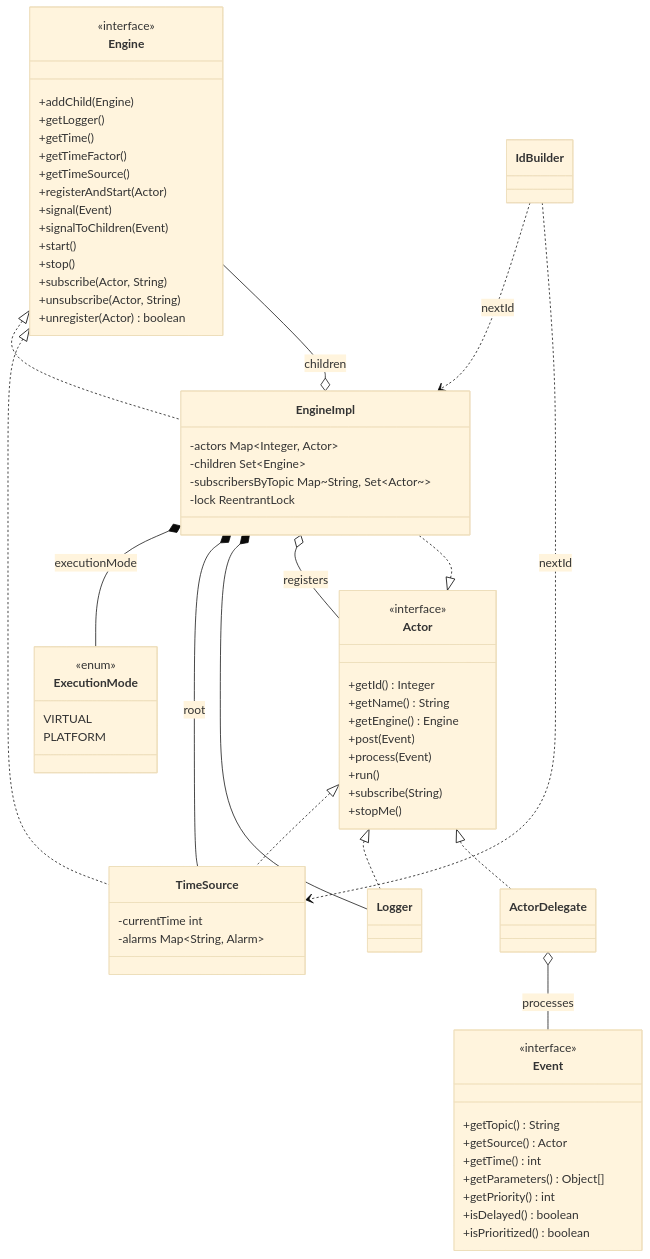
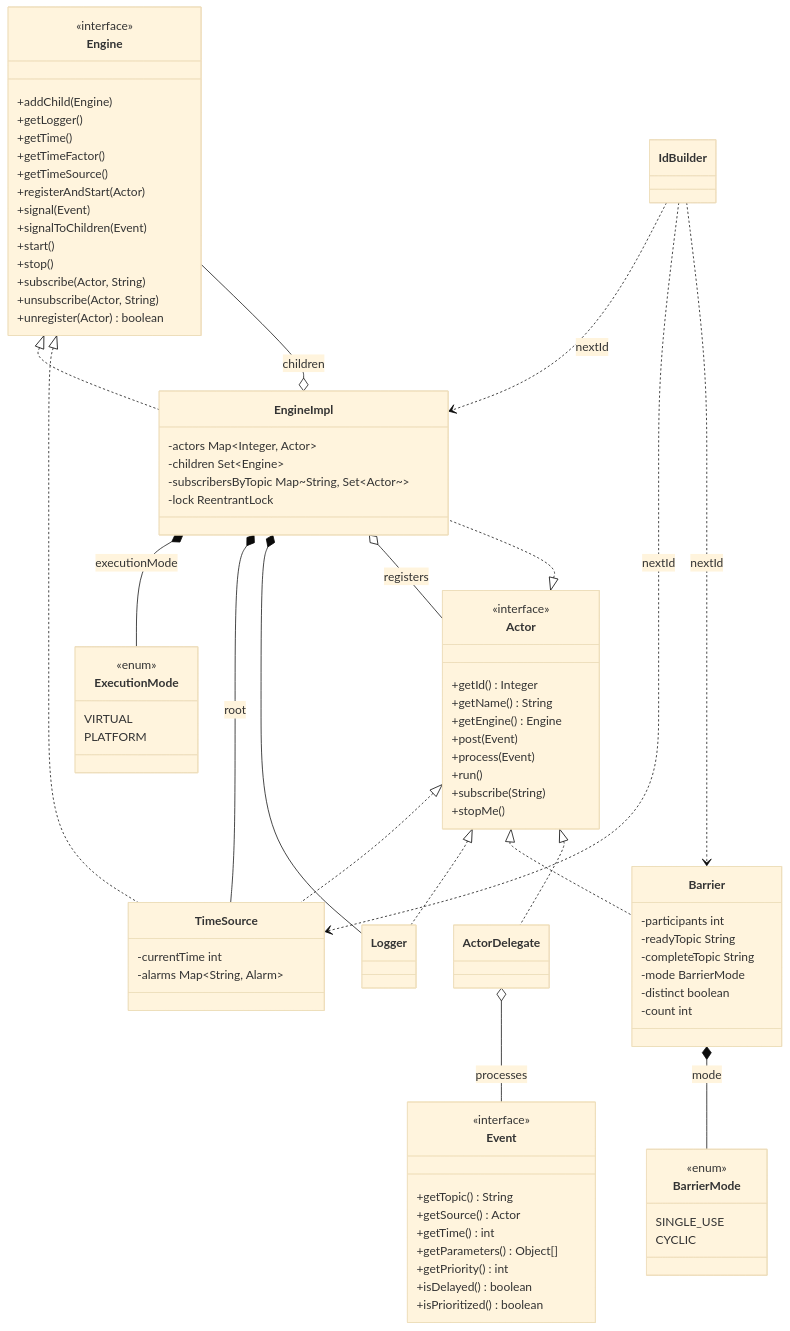
Before and after one commit to JPnCo/simula: the first of 4 diagrams in architecture.md, drawn with Mermaid (base theme). The commit also changed 11 other files, not shown here.

````diff
--- a/architecture.md
+++ b/architecture.md
@@ -64,6 +64,19 @@
         -currentTime int
         -alarms Map~String, Alarm~
     }
+    class Barrier {
+        -participants int
+        -readyTopic String
+        -completeTopic String
+        -mode BarrierMode
+        -distinct boolean
+        -count int
+    }
+    class BarrierMode {
+        <<enum>>
+        SINGLE_USE
+        CYCLIC
+    }
     class Logger
     class ActorDelegate
     class IdBuilder
@@ -77,9 +90,12 @@
     Actor <|.. EngineImpl
     Actor <|.. TimeSource
     Actor <|.. Logger
+    Actor <|.. Barrier
     Actor <|.. ActorDelegate
+    Barrier *-- BarrierMode : mode
     Engine <|.. TimeSource
     ActorDelegate o-- Event : processes
     IdBuilder ..> EngineImpl : nextId
     IdBuilder ..> TimeSource : nextId
+    IdBuilder ..> Barrier : nextId
 ```
````
